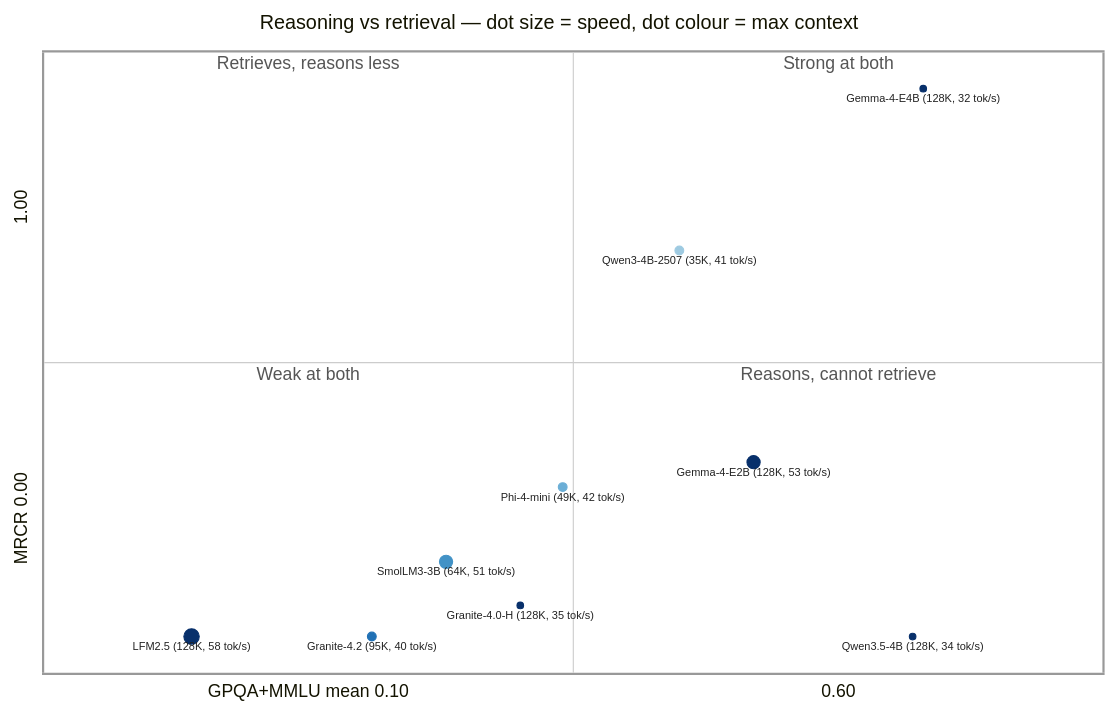
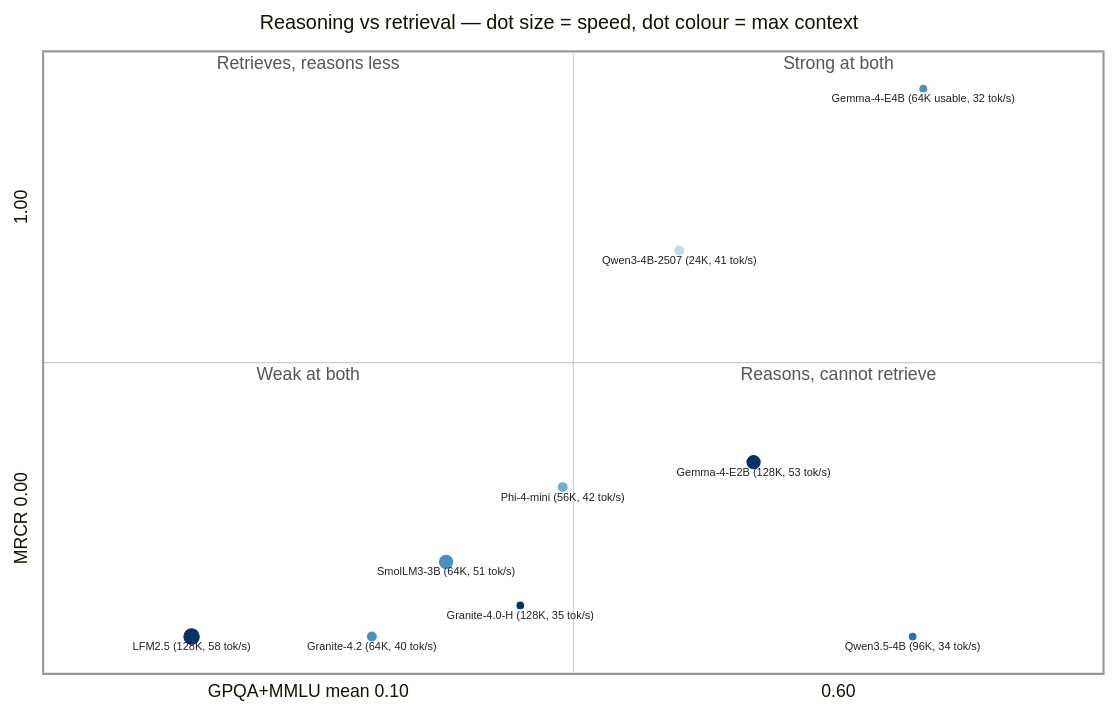
One commit to maximosipov/macbook-pro-2019-radeon-5500m-4gb changed the first of 2 diagrams in models.md. Above: the diagram before and after it, drawn with Mermaid. The commit also changed other lines of this file and 18 other files, not shown here.

````diff
--- a/models.md
+++ b/models.md
@@ -31,39 +31,39 @@
 ```mermaid
 ---
 config:
   quadrantChart:
     chartWidth: 1000
     chartHeight: 640
     pointLabelFontSize: 10
     titleFontSize: 18
   themeVariables:
     quadrant1Fill: "#ffffff"
     quadrant2Fill: "#ffffff"
     quadrant3Fill: "#ffffff"
     quadrant4Fill: "#ffffff"
     quadrant1TextFill: "#555555"
     quadrant2TextFill: "#555555"
     quadrant3TextFill: "#555555"
     quadrant4TextFill: "#555555"
     quadrantInternalBorderStrokeFill: "#cccccc"
     quadrantExternalBorderStrokeFill: "#999999"
     quadrantPointTextFill: "#222222"
 ---
 quadrantChart
     title Reasoning vs retrieval — dot size = speed, dot colour = max context
     x-axis "GPQA+MMLU mean 0.10" --> "0.60"
     y-axis "MRCR 0.00" --> "1.00"
     quadrant-1 Strong at both
     quadrant-2 Retrieves, reasons less
     quadrant-3 Weak at both
     quadrant-4 Reasons, cannot retrieve
-    "Gemma-4-E4B (128K, 32 tok/s)": [0.83, 0.94] radius: 3, color: #08306b, stroke-color: #08306b, stroke-width: 1px
-    "Qwen3-4B-2507 (35K, 41 tok/s)": [0.60, 0.68] radius: 4, color: #9ecae1, stroke-color: #9ecae1, stroke-width: 1px
+    "Gemma-4-E4B (64K usable, 32 tok/s)": [0.83, 0.94] radius: 3, color: #4292c6, stroke-color: #4292c6, stroke-width: 1px
+    "Qwen3-4B-2507 (24K, 41 tok/s)": [0.60, 0.68] radius: 4, color: #c6dbef, stroke-color: #c6dbef, stroke-width: 1px
     "Gemma-4-E2B (128K, 53 tok/s)": [0.67, 0.34] radius: 6, color: #08306b, stroke-color: #08306b, stroke-width: 1px
-    "Phi-4-mini (49K, 42 tok/s)": [0.49, 0.30] radius: 4, color: #6baed6, stroke-color: #6baed6, stroke-width: 1px
+    "Phi-4-mini (56K, 42 tok/s)": [0.49, 0.30] radius: 4, color: #6baed6, stroke-color: #6baed6, stroke-width: 1px
     "SmolLM3-3B (64K, 51 tok/s)": [0.38, 0.18] radius: 6, color: #4292c6, stroke-color: #4292c6, stroke-width: 1px
     "Granite-4.0-H (128K, 35 tok/s)": [0.45, 0.11] radius: 3, color: #08306b, stroke-color: #08306b, stroke-width: 1px
-    "Granite-4.2 (95K, 40 tok/s)": [0.31, 0.06] radius: 4, color: #2171b5, stroke-color: #2171b5, stroke-width: 1px
+    "Granite-4.2 (64K, 40 tok/s)": [0.31, 0.06] radius: 4, color: #4292c6, stroke-color: #4292c6, stroke-width: 1px
     "LFM2.5 (128K, 58 tok/s)": [0.14, 0.06] radius: 7, color: #08306b, stroke-color: #08306b, stroke-width: 1px
-    "Qwen3.5-4B (128K, 34 tok/s)": [0.82, 0.06] radius: 3, color: #08306b, stroke-color: #08306b, stroke-width: 1px
+    "Qwen3.5-4B (96K, 34 tok/s)": [0.82, 0.06] radius: 3, color: #2171b5, stroke-color: #2171b5, stroke-width: 1px
 ```
````
